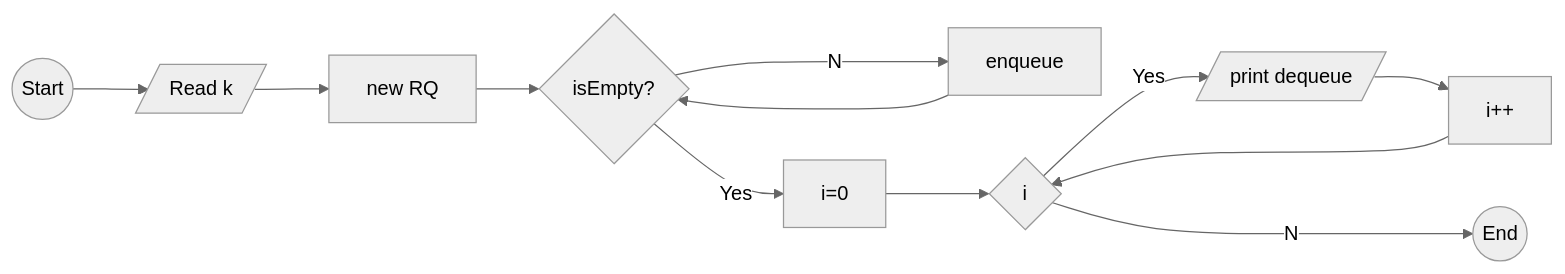
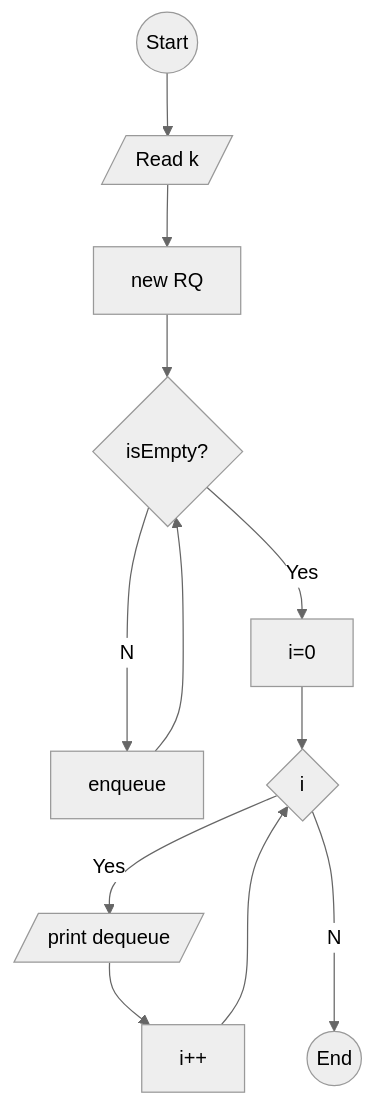
Before and after one commit to AmpongJkevin2/Flowchart-: the diagram in problemSet3/Permutation.mmd, drawn with Mermaid (neutral theme). The commit also changed 6 other files, not shown here.

```diff
--- a/problemSet3/Permutation.mmd
+++ b/problemSet3/Permutation.mmd
@@ -1,1 +1,1 @@
-graph LR; A((Start))-->B[/Read k/]; B-->C[new RQ]; C-->D{isEmpty?}; D--No-->E[enqueue]; E-->D; D--Yes-->F[i=0]; F-->G{i<k?}; G--Yes-->H[/print dequeue/]; H-->I[i++]; I-->G; G--No-->J((End));
+graph TD; A((Start))-->B[/Read k/]; B-->C[new RQ]; C-->D{isEmpty?}; D--No-->E[enqueue]; E-->D; D--Yes-->F[i=0]; F-->G{i<k?}; G--Yes-->H[/print dequeue/]; H-->I[i++]; I-->G; G--No-->J((End));
```
